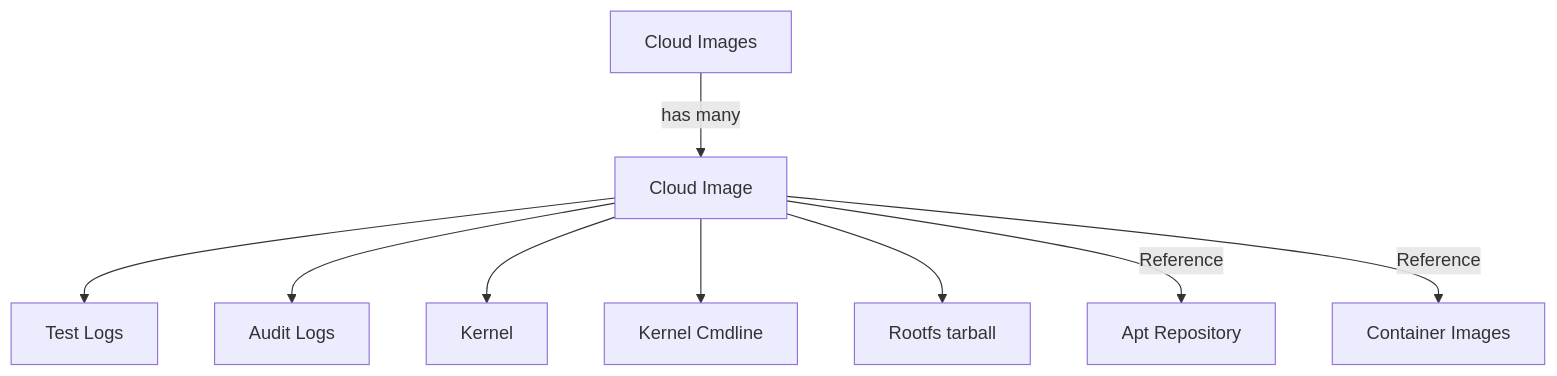
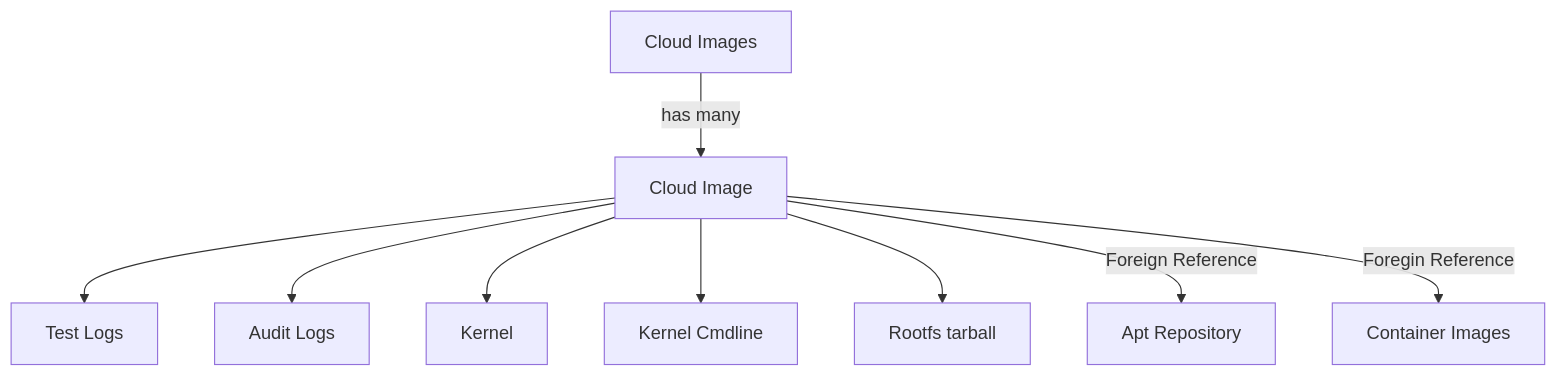
One commit to gardenlinux/gardenlinux changed the second of 3 diagrams in docs/01_developers/oci_releases.md. Above: the diagram before and after it, drawn with Mermaid. The commit also changed other lines of this file, not shown here.

````diff
--- a/docs/01_developers/oci_releases.md
+++ b/docs/01_developers/oci_releases.md
@@ -40,13 +41,13 @@
 ```mermaid
 graph TD;
 
     CloudImages[Cloud Images] -->|has many| CloudImage;
     CloudImage[Cloud Image] --> TestLog[Test Logs];
     CloudImage[Cloud Image] --> AuditLogs[Audit Logs];
     CloudImage[Cloud Image] --> LinuxKernel[Kernel];
     CloudImage[Cloud Image] --> KernelCmdLine[Kernel Cmdline];
     CloudImage[Cloud Image] --> rootfs[Rootfs tarball];
-    CloudImage[Cloud Image] -->|Reference| AptRepository[Apt Repository];
-    CloudImage[Cloud Image] -->|Reference| ContainerImages[Container Images];
+    CloudImage[Cloud Image] -->|Foreign Reference| AptRepository[Apt Repository];
+    CloudImage[Cloud Image] -->|Foregin Reference| ContainerImages[Container Images];
 
 ```
````
